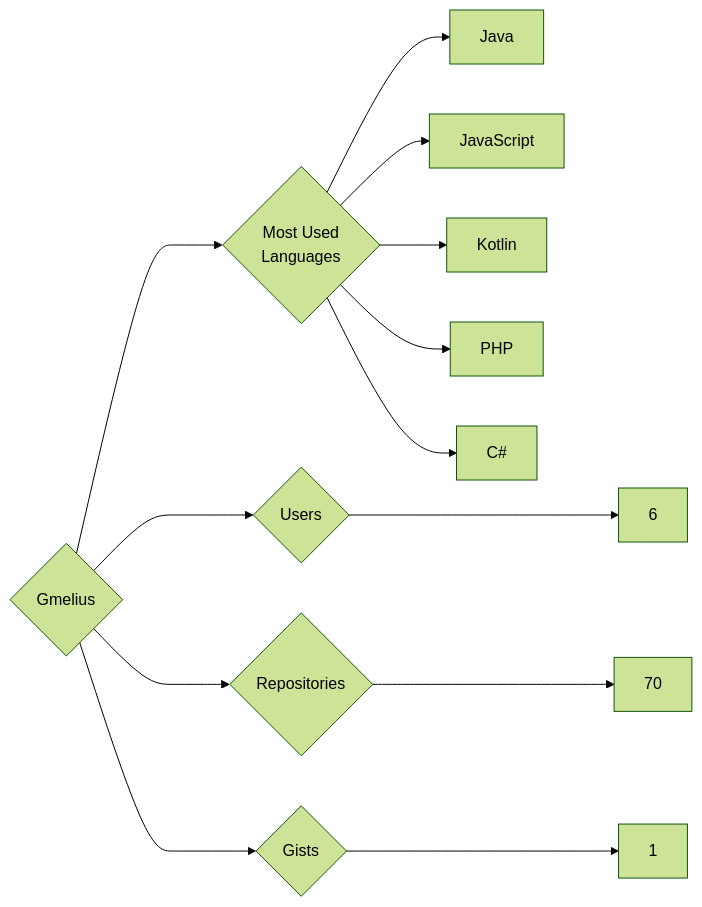
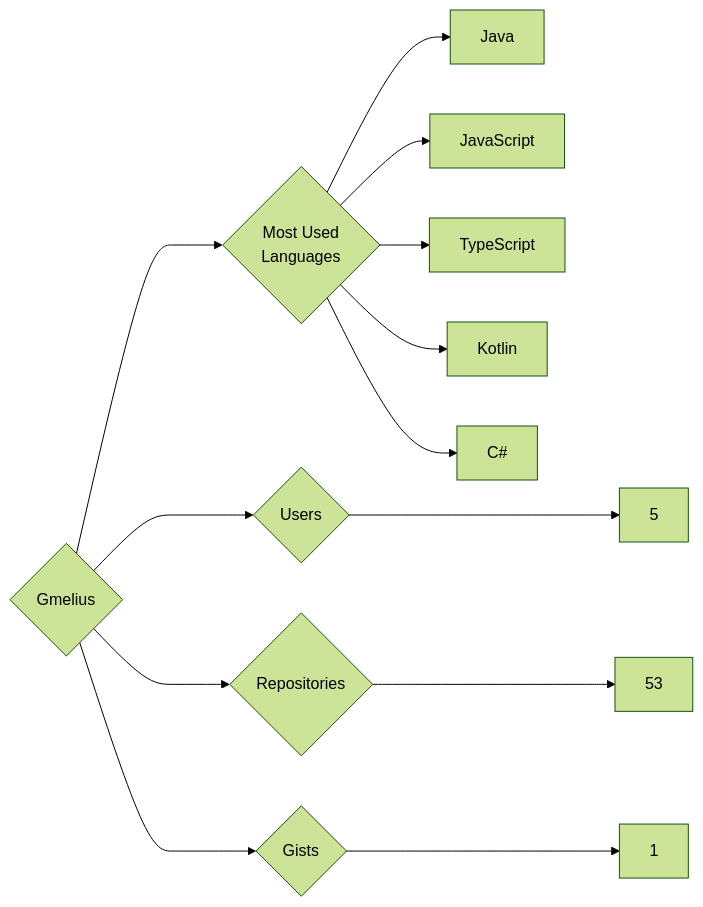
The diagram in targets/Gmelius/README.md (trickest/insiders), drawn with Mermaid (forest theme) before and after one commit. The commit also changed 723 other files, not shown here.

````diff
--- a/targets/Gmelius/README.md
+++ b/targets/Gmelius/README.md
@@ -3,13 +3,13 @@
 ```mermaid
 graph LR
 COMPANY_NAME{Gmelius}
-COMPANY_NAME ---> U{Users} ---> UN[6]
-COMPANY_NAME ---> R{Repositories} ---> RN[70]
+COMPANY_NAME ---> U{Users} ---> UN[5]
+COMPANY_NAME ---> R{Repositories} ---> RN[53]
 COMPANY_NAME ---> G{Gists} ---> GN[1]
 COMPANY_NAME ---> ML{Most Used<br>Languages}
 ML --> Java[Java]
 ML --> JavaScript[JavaScript]
+ML --> TypeScript[TypeScript]
 ML --> Kotlin[Kotlin]
-ML --> PHP[PHP]
 ML --> C#[C#]
 ```
````
